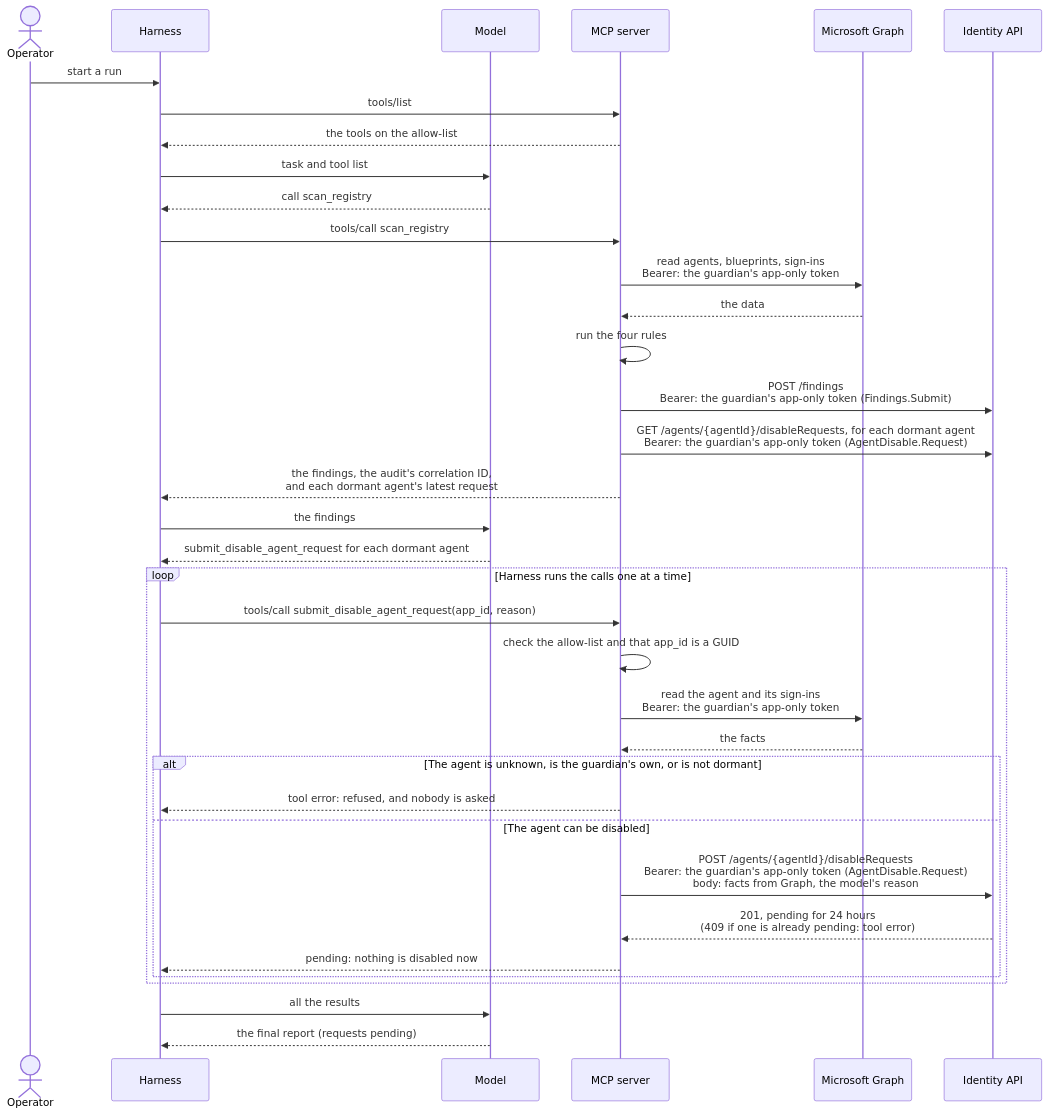
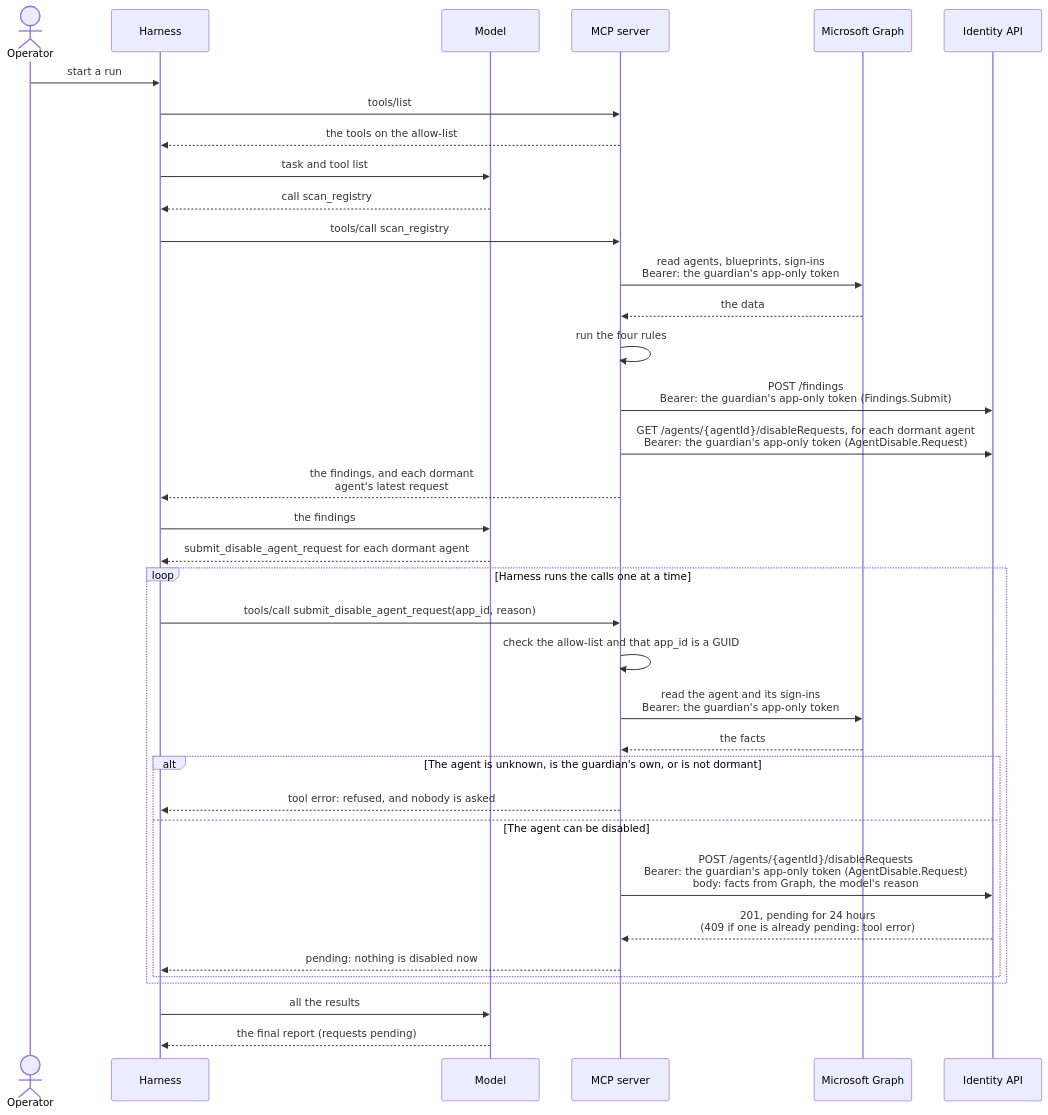
One commit to alireza-mpr/agent-steward changed the third of 6 diagrams in docs/agent-steward-architecture.md. Above: the diagram before and after it, drawn with Mermaid. The commit also changed other lines of this file, not shown here.

First line of the commit message:
docs(architecture): the container diagram in Mermaid, in the style of the design diagram

````diff
--- a/docs/agent-steward-architecture.md
+++ b/docs/agent-steward-architecture.md
@@ -196,40 +189,40 @@
 ```mermaid
 sequenceDiagram
     actor O as Operator
     participant H as Harness
     participant L as Model
     participant M as MCP server
     participant G as Microsoft Graph
     participant A as Identity API
 
     O->>H: start a run
     H->>M: tools/list
     M-->>H: the tools on the allow-list
     H->>L: task and tool list
     L-->>H: call scan_registry
     H->>M: tools/call scan_registry
     M->>G: read agents, blueprints, sign-ins<br/>Bearer: the guardian's app-only token
     G-->>M: the data
     M->>M: run the four rules
     M->>A: POST /findings<br/>Bearer: the guardian's app-only token (Findings.Submit)
     M->>A: GET /agents/{agentId}/disableRequests, for each dormant agent<br/>Bearer: the guardian's app-only token (AgentDisable.Request)
-    M-->>H: the findings, the audit's correlation ID,<br/>and each dormant agent's latest request
+    M-->>H: the findings, and each dormant<br/>agent's latest request
     H->>L: the findings
 
     L-->>H: submit_disable_agent_request for each dormant agent
     loop Harness runs the calls one at a time
         H->>M: tools/call submit_disable_agent_request(app_id, reason)
         M->>M: check the allow-list and that app_id is a GUID
         M->>G: read the agent and its sign-ins<br/>Bearer: the guardian's app-only token
         G-->>M: the facts
         alt The agent is unknown, is the guardian's own, or is not dormant
             M-->>H: tool error: refused, and nobody is asked
         else The agent can be disabled
             M->>A: POST /agents/{agentId}/disableRequests<br/>Bearer: the guardian's app-only token (AgentDisable.Request)<br/>body: facts from Graph, the model's reason
             A-->>M: 201, pending for 24 hours<br/>(409 if one is already pending: tool error)
             M-->>H: pending: nothing is disabled now
         end
     end
     H->>L: all the results
     L-->>H: the final report (requests pending)
 ```
````
